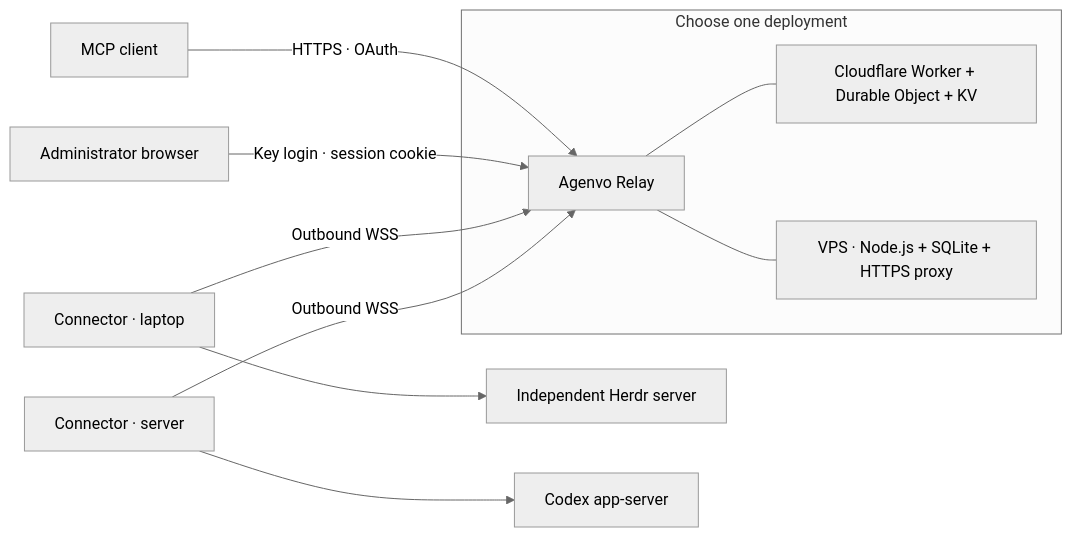
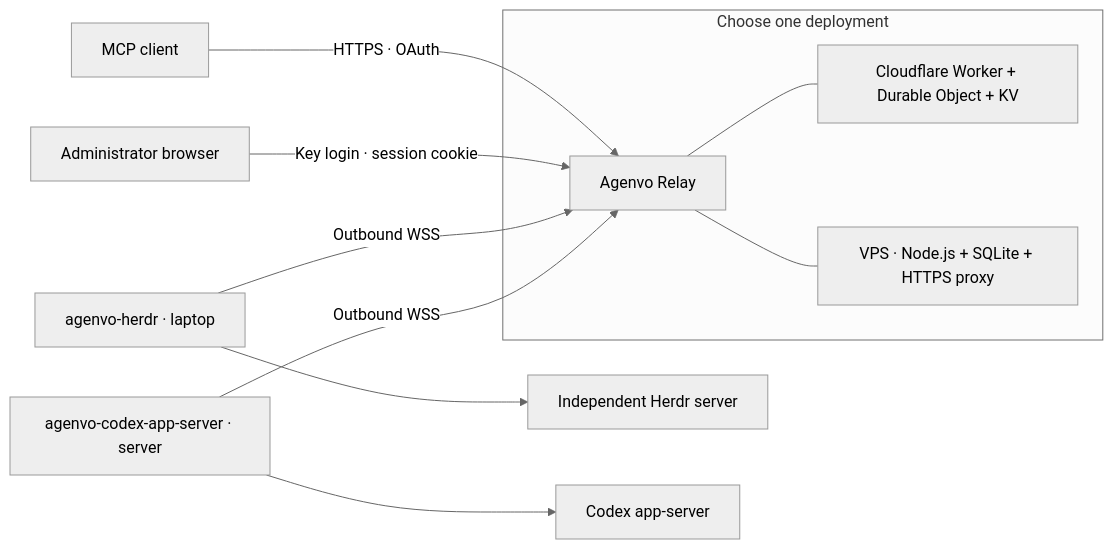
One commit to AkaraChen/agenvo changed the diagram in README.md. Above: the diagram before and after it, drawn with Mermaid (neutral theme). The commit also changed other lines of this file and 132 other files, not shown here.

````diff
--- a/README.md
+++ b/README.md
@@ -9,13 +9,13 @@
 ```mermaid
 flowchart LR
     C["MCP client"] -->|"HTTPS · OAuth"| R["Agenvo Relay"]
     O["Administrator browser"] -->|"Key login · session cookie"| R
     subgraph Deployment["Choose one deployment"]
       R --- CF["Cloudflare Worker + Durable Object + KV"]
       R --- VPS["VPS · Node.js + SQLite + HTTPS proxy"]
     end
-    A["Connector · laptop"] -->|"Outbound WSS"| R
-    B["Connector · server"] -->|"Outbound WSS"| R
+    A["agenvo-herdr · laptop"] -->|"Outbound WSS"| R
+    B["agenvo-codex-app-server · server"] -->|"Outbound WSS"| R
     A --> H["Independent Herdr server"]
     B --> X["Codex app-server"]
 ```
````
